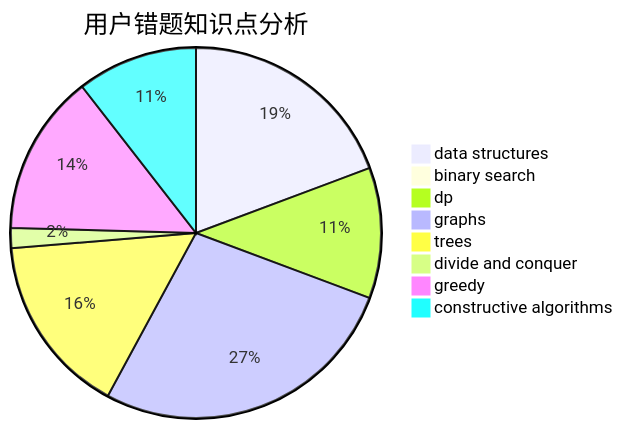
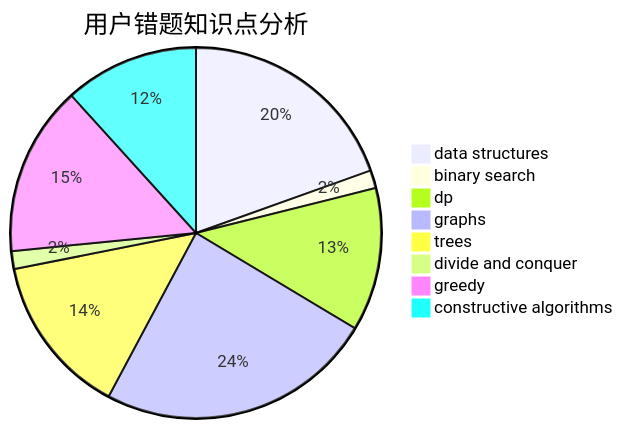
One commit to sherpahu/cfrs.github.io changed the third of 3 diagrams in docs/user/u1646.md. Above: the diagram before and after it, drawn with Mermaid. The commit also changed other lines of this file and 2770 other files, not shown here.

````diff
--- a/docs/user/u1646.md
+++ b/docs/user/u1646.md
@@ -36,11 +36,11 @@
 ```mermaid
 pie title 用户错题知识点分析
-    "data structures" :  22
-    "binary search" :  0
-    "dp" :  13
+    "data structures" :  25
+    "binary search" :  2
+    "dp" :  16
     "graphs" :  31
     "trees" :  18
     "divide and conquer" :  2
-    "greedy" :  16
-    "constructive algorithms" :  12
+    "greedy" :  19
+    "constructive algorithms" :  15
 ```
````
